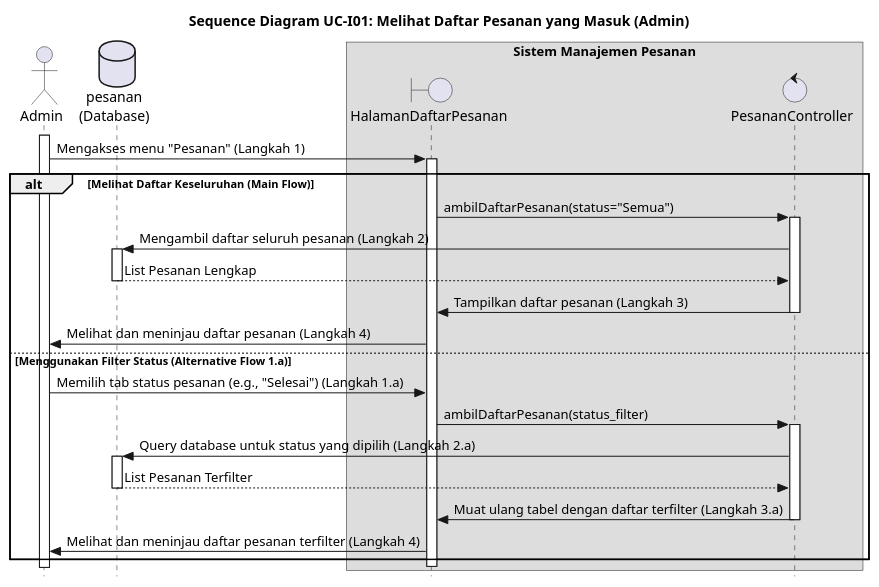
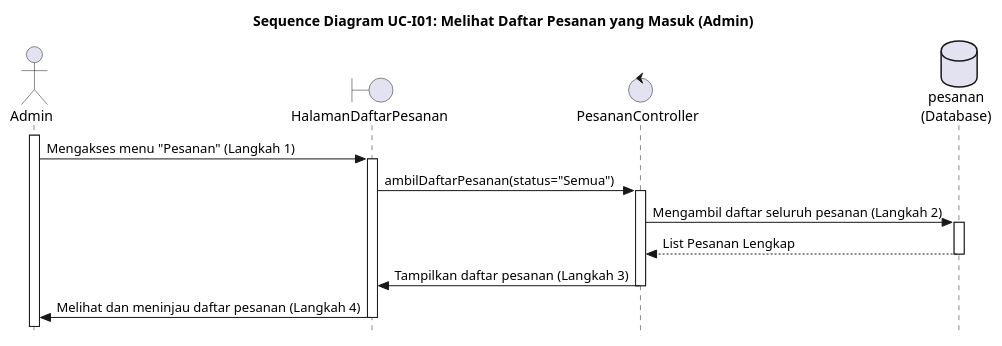
One commit to alfiahnurfa/RSI-PROYEK-AKHIR-SEQUENCE changed the diagram in UC-I01.PUML. Above: the diagram before and after it, drawn with PlantUML. The commit also changed 57 other files, not shown here.

```diff
--- a/UC-I01.PUML
+++ b/UC-I01.PUML
@@ -1,52 +1,52 @@
 @startuml SD-UC-I01_MelihatDaftarPesananAdmin
 title Sequence Diagram UC-I01: Melihat Daftar Pesanan yang Masuk (Admin)
 skinparam style strictuml
 
 actor Admin
 boundary HalamanDaftarPesanan
 control PesananController
 database pesanan as "pesanan\n(Database)"
 
-box "Sistem Manajemen Pesanan"
-    participant HalamanDaftarPesanan
-    participant PesananController
-end box
+' box "Sistem Manajemen Pesanan"
+'     participant HalamanDaftarPesanan
+'     participant PesananController
+' end box
 
 activate Admin
 Admin -> HalamanDaftarPesanan : Mengakses menu "Pesanan" (Langkah 1)
 activate HalamanDaftarPesanan
 
-alt Melihat Daftar Keseluruhan (Main Flow)
-    HalamanDaftarPesanan -> PesananController : ambilDaftarPesanan(status="Semua")
-    activate PesananController
+HalamanDaftarPesanan -> PesananController : ambilDaftarPesanan(status="Semua")
+activate PesananController
+PesananController -> pesanan : Mengambil daftar seluruh pesanan (Langkah 2)
+activate pesanan
+return List Pesanan Lengkap
+deactivate pesanan
 
-    PesananController -> pesanan : Mengambil daftar seluruh pesanan (Langkah 2)
-    activate pesanan
-    return List Pesanan Lengkap
-    deactivate pesanan
+PesananController -> HalamanDaftarPesanan : Tampilkan daftar pesanan (Langkah 3)
+deactivate PesananController
+HalamanDaftarPesanan -> Admin : Melihat dan meninjau daftar pesanan (Langkah 4)
+
+' alt Melihat Daftar Keseluruhan (Main Flow)
+
     
-    PesananController -> HalamanDaftarPesanan : Tampilkan daftar pesanan (Langkah 3)
-    deactivate PesananController
+' else Menggunakan Filter Status (Alternative Flow 1.a)
+'     Admin -> HalamanDaftarPesanan : Memilih tab status pesanan (e.g., "Selesai") (Langkah 1.a)
 
-    HalamanDaftarPesanan -> Admin : Melihat dan meninjau daftar pesanan (Langkah 4)
+'     HalamanDaftarPesanan -> PesananController : ambilDaftarPesanan(status_filter)
+'     activate PesananController
     
-else Menggunakan Filter Status (Alternative Flow 1.a)
-    Admin -> HalamanDaftarPesanan : Memilih tab status pesanan (e.g., "Selesai") (Langkah 1.a)
+'     PesananController -> pesanan : Query database untuk status yang dipilih (Langkah 2.a)
+'     activate pesanan
+'     return List Pesanan Terfilter
+'     deactivate pesanan
 
-    HalamanDaftarPesanan -> PesananController : ambilDaftarPesanan(status_filter)
-    activate PesananController
-    
-    PesananController -> pesanan : Query database untuk status yang dipilih (Langkah 2.a)
-    activate pesanan
-    return List Pesanan Terfilter
-    deactivate pesanan
+'     PesananController -> HalamanDaftarPesanan : Muat ulang tabel dengan daftar terfilter (Langkah 3.a)
+'     deactivate PesananController
 
-    PesananController -> HalamanDaftarPesanan : Muat ulang tabel dengan daftar terfilter (Langkah 3.a)
-    deactivate PesananController
-
-    HalamanDaftarPesanan -> Admin : Melihat dan meninjau daftar pesanan terfilter (Langkah 4)
-end alt
+'     HalamanDaftarPesanan -> Admin : Melihat dan meninjau daftar pesanan terfilter (Langkah 4)
+' end alt
 
 deactivate HalamanDaftarPesanan
 
 @enduml
```
